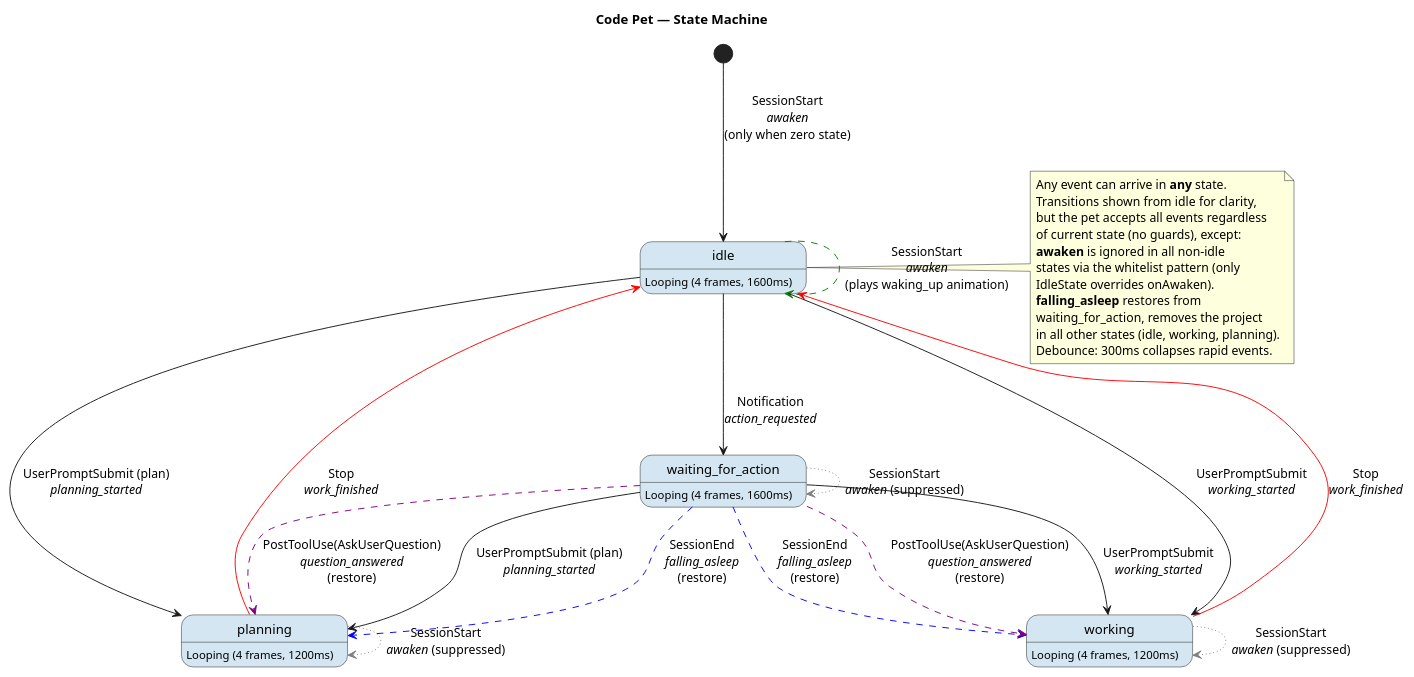
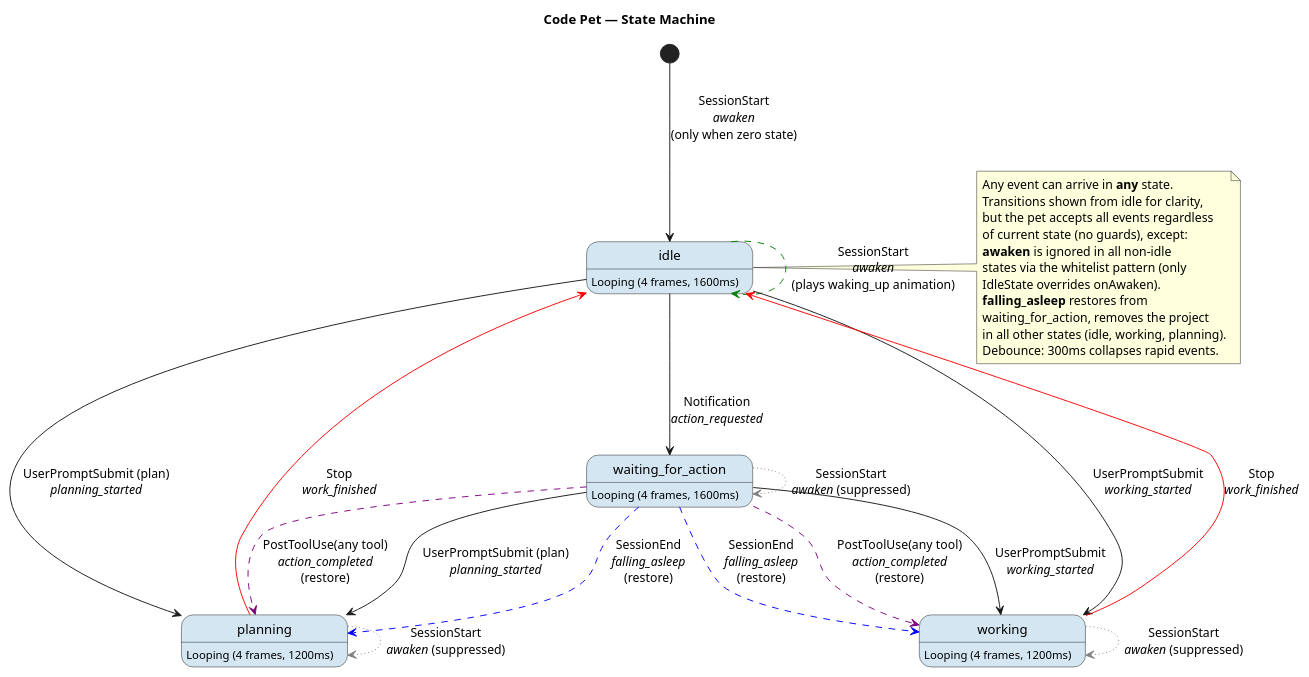
Before and after one commit to mradovic95/code-pet: the first of 2 diagrams in docs/state-diagram.puml, drawn with PlantUML. The commit also changed other lines of this file and 11 other files, not shown here.

Commit message:
switch postToolUse question asnwered to any tool used in waiting_for_action state

```diff
--- a/docs/state-diagram.puml
+++ b/docs/state-diagram.puml
@@ -1,58 +1,58 @@
 @startuml code-pet-states
 skinparam state {
   BackgroundColor<<looping>> #D4E6F1
 }
 
 title Code Pet — State Machine
 
 [*] --> idle : SessionStart\n//awaken//\n(only when zero state)
 
 state "idle" as idle <<looping>> : Looping (4 frames, 1600ms)
 state "working" as working <<looping>> : Looping (4 frames, 1200ms)
 state "planning" as planning <<looping>> : Looping (4 frames, 1200ms)
 state "waiting_for_action" as waiting_for_action <<looping>> : Looping (4 frames, 1600ms)
 
 ' ── Awaken: stays in idle, plays renderer-only waking_up animation ──
 idle -[#green,dashed]-> idle : SessionStart\n//awaken//\n(plays waking_up animation)
 
 ' ── Hook-driven transitions (any state → target) ──
 idle --> working : UserPromptSubmit\n//working_started//
 idle --> waiting_for_action : Notification\n//action_requested//
 idle --> planning : UserPromptSubmit (plan)\n//planning_started//
 
 ' ── Stop returns to idle from active states ──
 working -[#red]-> idle : Stop\n//work_finished//
 planning -[#red]-> idle : Stop\n//work_finished//
 
 ' ── Awaken suppressed during ALL non-zero states ──
 working -[#grey,dotted]-> working : SessionStart\n//awaken// (suppressed)
 planning -[#grey,dotted]-> planning : SessionStart\n//awaken// (suppressed)
 waiting_for_action -[#grey,dotted]-> waiting_for_action : SessionStart\n//awaken// (suppressed)
 
 ' ── falling_asleep restores previous active state from waiting_for_action ──
 waiting_for_action -[#blue,dashed]-> working : SessionEnd\n//falling_asleep//\n(restore)
 waiting_for_action -[#blue,dashed]-> planning : SessionEnd\n//falling_asleep//\n(restore)
 
-' ── question_answered restores previous active state ──
-waiting_for_action -[#purple,dashed]-> working : PostToolUse(AskUserQuestion)\n//question_answered//\n(restore)
-waiting_for_action -[#purple,dashed]-> planning : PostToolUse(AskUserQuestion)\n//question_answered//\n(restore)
+' ── action_completed restores previous active state ──
+waiting_for_action -[#purple,dashed]-> working : PostToolUse(any tool)\n//action_completed//\n(restore)
+waiting_for_action -[#purple,dashed]-> planning : PostToolUse(any tool)\n//action_completed//\n(restore)
 
 ' ── waiting_for_action exits via UserPromptSubmit ──
 waiting_for_action --> working : UserPromptSubmit\n//working_started//
 waiting_for_action --> planning : UserPromptSubmit (plan)\n//planning_started//
 
 note right of idle
   Any event can arrive in **any** state.
   Transitions shown from idle for clarity,
   but the pet accepts all events regardless
   of current state (no guards), except:
   **awaken** is ignored in all non-idle
   states via the whitelist pattern (only
   IdleState overrides onAwaken).
   **falling_asleep** restores from
   waiting_for_action, removes the project
   in all other states (idle, working, planning).
   Debounce: 300ms collapses rapid events.
 end note
 
 @enduml
```
